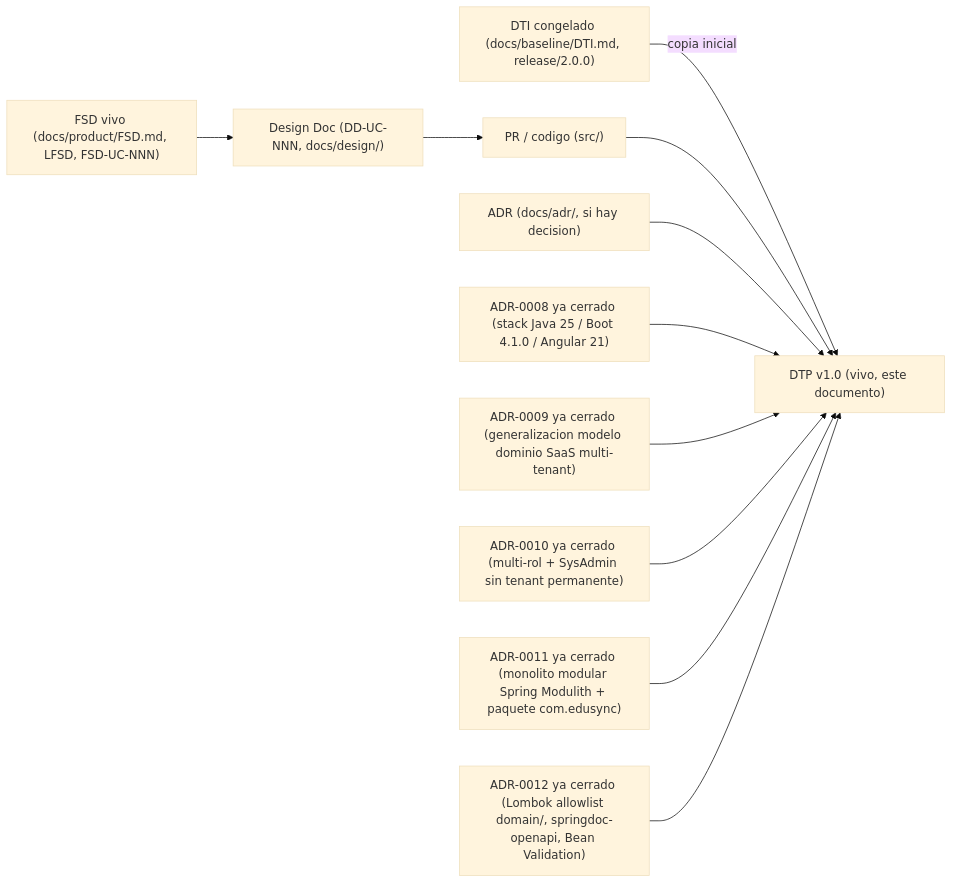
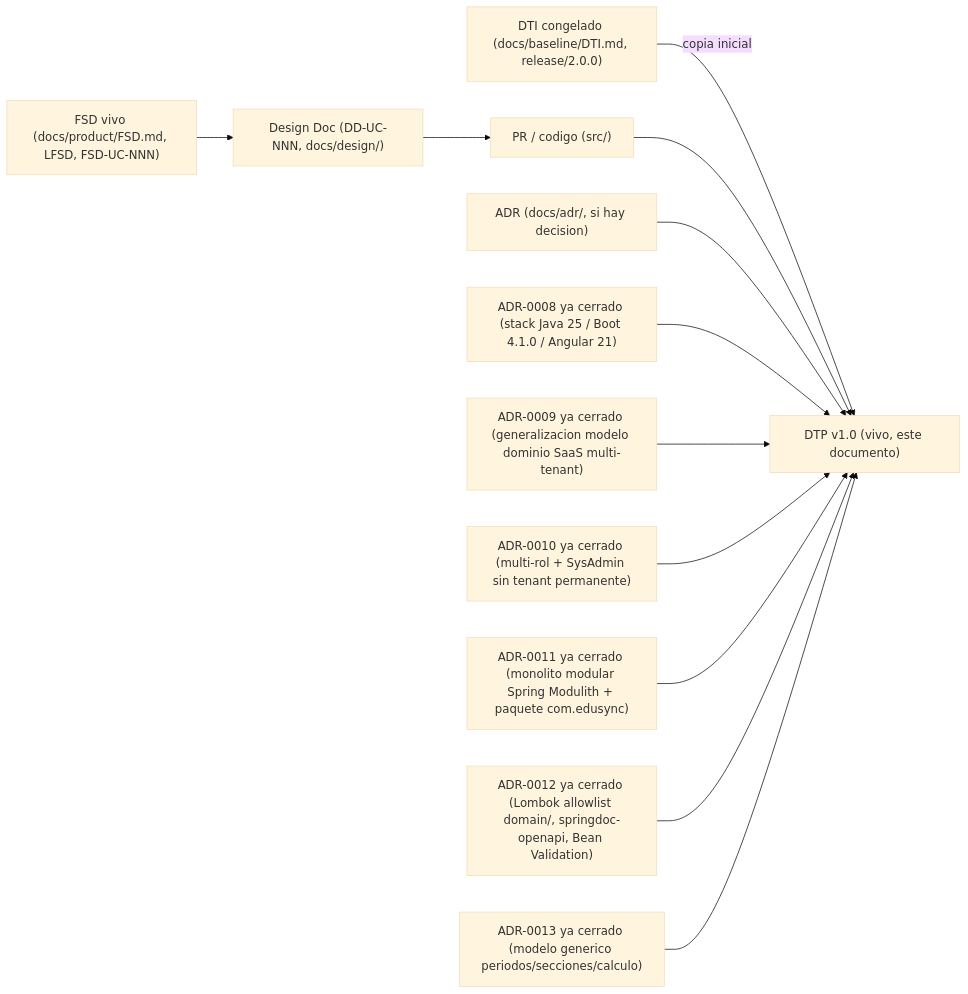
The diagram in docs/product/DTP.md (aspeti/edusync_m4), drawn with Mermaid (base theme) before and after one commit. The commit also changed other lines of this file and 7 other files, not shown here.

````diff
--- a/docs/product/DTP.md
+++ b/docs/product/DTP.md
@@ -46,13 +46,14 @@
 ```mermaid
 flowchart LR
   DTI["DTI congelado (docs/baseline/DTI.md, release/2.0.0)"] -->|copia inicial| DTP["DTP v1.0 (vivo, este documento)"]
   FSDv["FSD vivo (docs/product/FSD.md, LFSD, FSD-UC-NNN)"] --> DD["Design Doc (DD-UC-NNN, docs/design/)"]
   DD --> Code["PR / codigo (src/)"]
   Code --> DTP
   ADR["ADR (docs/adr/, si hay decision)"] --> DTP
   ADR8["ADR-0008 ya cerrado (stack Java 25 / Boot 4.1.0 / Angular 21)"] --> DTP
   ADR9["ADR-0009 ya cerrado (generalizacion modelo dominio SaaS multi-tenant)"] --> DTP
   ADR10["ADR-0010 ya cerrado (multi-rol + SysAdmin sin tenant permanente)"] --> DTP
   ADR11["ADR-0011 ya cerrado (monolito modular Spring Modulith + paquete com.edusync)"] --> DTP
   ADR12["ADR-0012 ya cerrado (Lombok allowlist domain/, springdoc-openapi, Bean Validation)"] --> DTP
+  ADR13["ADR-0013 ya cerrado (modelo generico periodos/secciones/calculo)"] --> DTP
 ```
````
